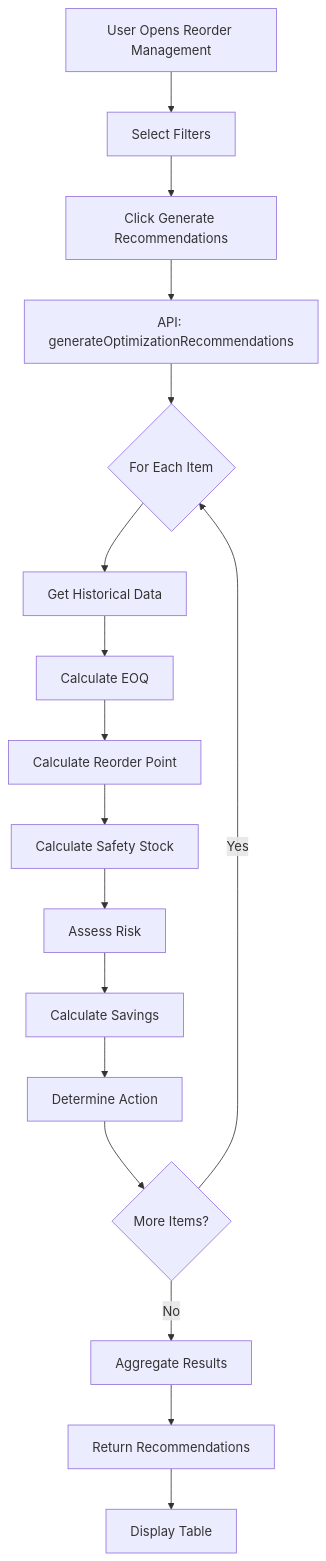
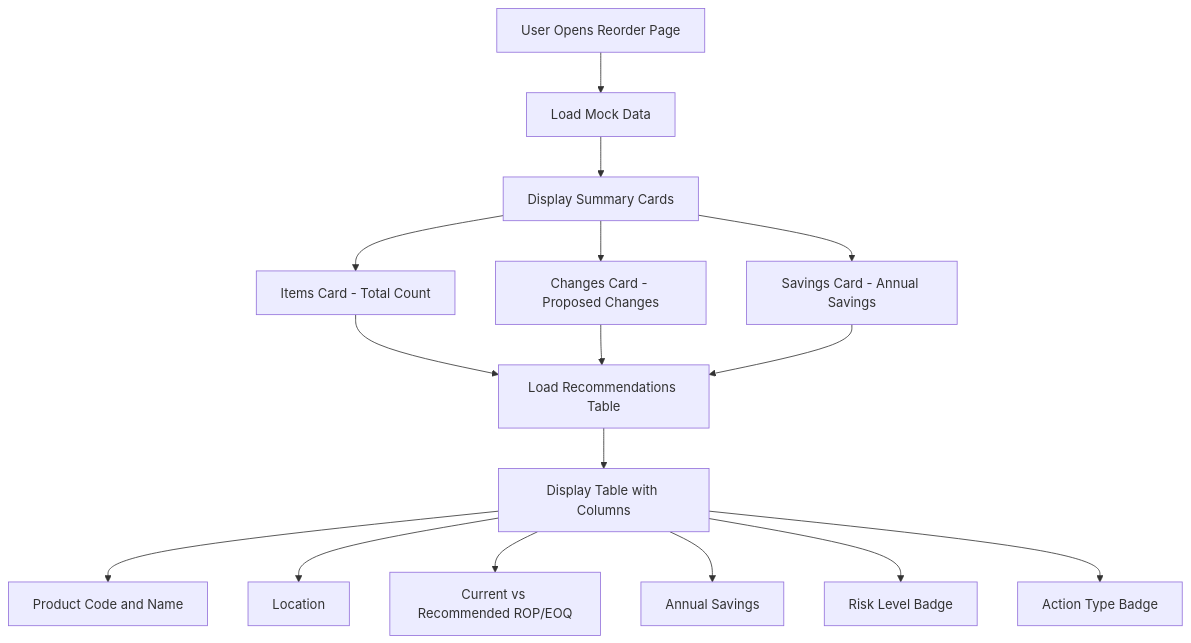
The sixth of 32 diagrams in docs/app/operational-planning/inventory-planning/FD-inventory-planning.md (PeakMNA/carmen), drawn with Mermaid before and after one commit. The commit also changed other lines of this file and 473 other files, not shown here.

````diff
--- a/docs/app/operational-planning/inventory-planning/FD-inventory-planning.md
+++ b/docs/app/operational-planning/inventory-planning/FD-inventory-planning.md
@@ -89,21 +142,21 @@
 ```mermaid
 graph TB
-    A[User Opens Reorder Management] --> B[Select Filters]
-    B --> C[Click Generate Recommendations]
-    C --> D[API: generateOptimizationRecommendations]
+    A[User Opens Reorder Page] --> B[Load Mock Data]
+    B --> C[Display Summary Cards]
 
-    D --> E{For Each Item}
-    E --> F[Get Historical Data]
-    F --> G[Calculate EOQ]
-    G --> H[Calculate Reorder Point]
-    H --> I[Calculate Safety Stock]
-    I --> J[Assess Risk]
-    J --> K[Calculate Savings]
-    K --> L[Determine Action]
-    L --> M{More Items?}
+    C --> D[Items Card - Total Count]
+    C --> E[Changes Card - Proposed Changes]
+    C --> F[Savings Card - Annual Savings]
 
-    M -->|Yes| E
-    M -->|No| N[Aggregate Results]
-    N --> O[Return Recommendations]
-    O --> P[Display Table]
+    D --> G[Load Recommendations Table]
+    E --> G
+    F --> G
+
+    G --> H[Display Table with Columns]
+    H --> I[Product Code and Name]
+    H --> J[Location]
+    H --> K[Current vs Recommended ROP/EOQ]
+    H --> L[Annual Savings]
+    H --> M[Risk Level Badge]
+    H --> N[Action Type Badge]
 ```
````
